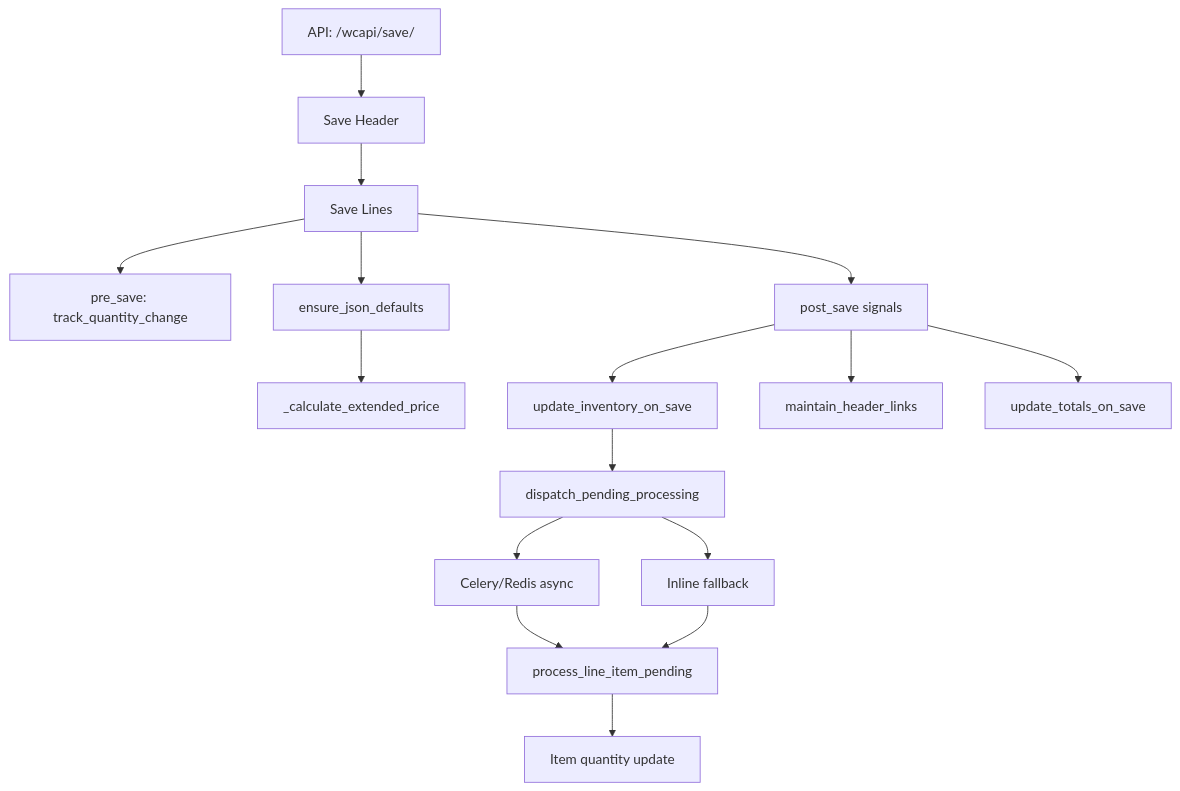
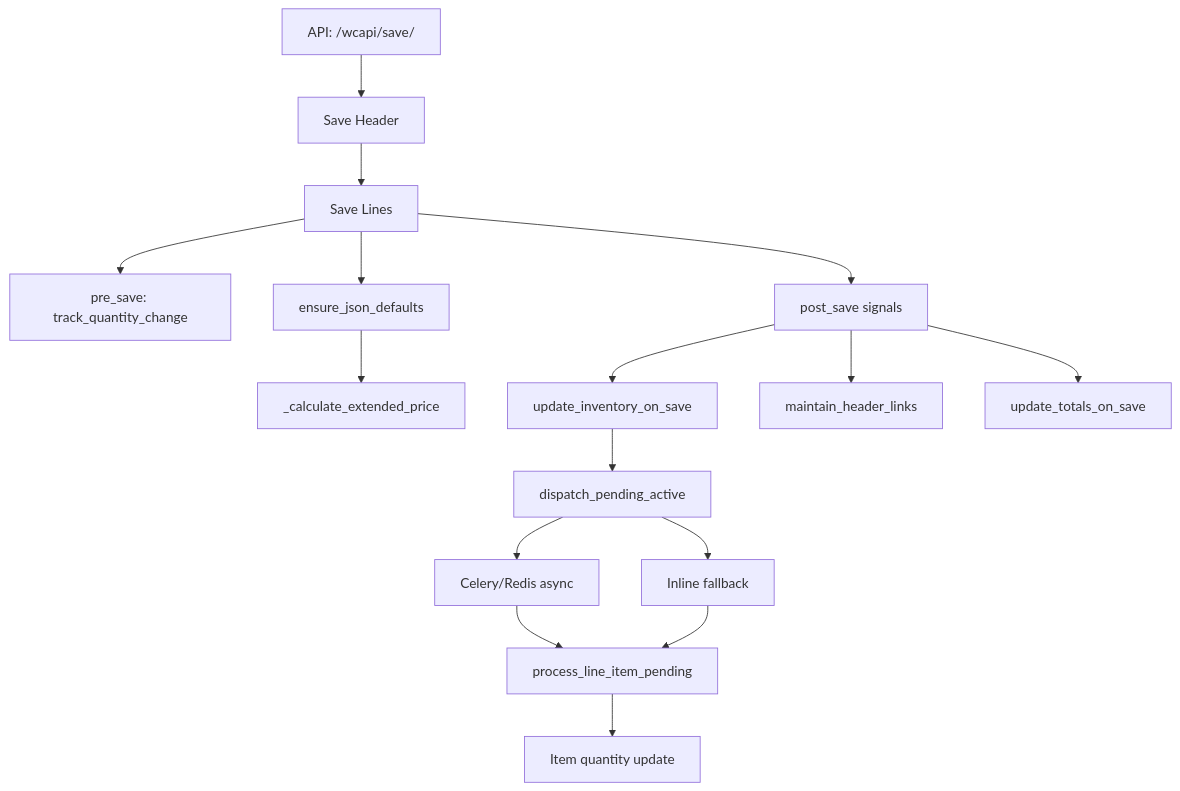
The diagram in readmes/topics/transactions/transactions-totals.md (JPods/WebClerk), drawn with Mermaid before and after one commit. The commit also changed other lines of this file and 36 other files, not shown here.

````diff
--- a/readmes/topics/transactions/transactions-totals.md
+++ b/readmes/topics/transactions/transactions-totals.md
@@ -351,18 +495,18 @@
 ```mermaid
 graph TD
   API[API: /wcapi/save/] --> HeaderSave[Save Header]
   HeaderSave --> LineSave[Save Lines]
   LineSave --> PreSave[pre_save: track_quantity_change]
   LineSave --> EnsureDefaults[ensure_json_defaults]
   EnsureDefaults --> CalcExtended[_calculate_extended_price]
   LineSave --> PostSave[post_save signals]
   PostSave --> InventorySignal[update_inventory_on_save]
   PostSave --> HeaderLinksSignal[maintain_header_links]
   PostSave --> TotalsSignal[update_totals_on_save]
-  InventorySignal --> PendingDispatch[dispatch_pending_processing]
+  InventorySignal --> PendingDispatch[dispatch_pending_active]
   PendingDispatch --> Celery[Celery/Redis async]
   PendingDispatch --> Inline[Inline fallback]
   Celery --> InventoryUpdate[process_line_item_pending]
   Inline --> InventoryUpdate
   InventoryUpdate --> ItemUpdate[Item quantity update]
 ```
````
